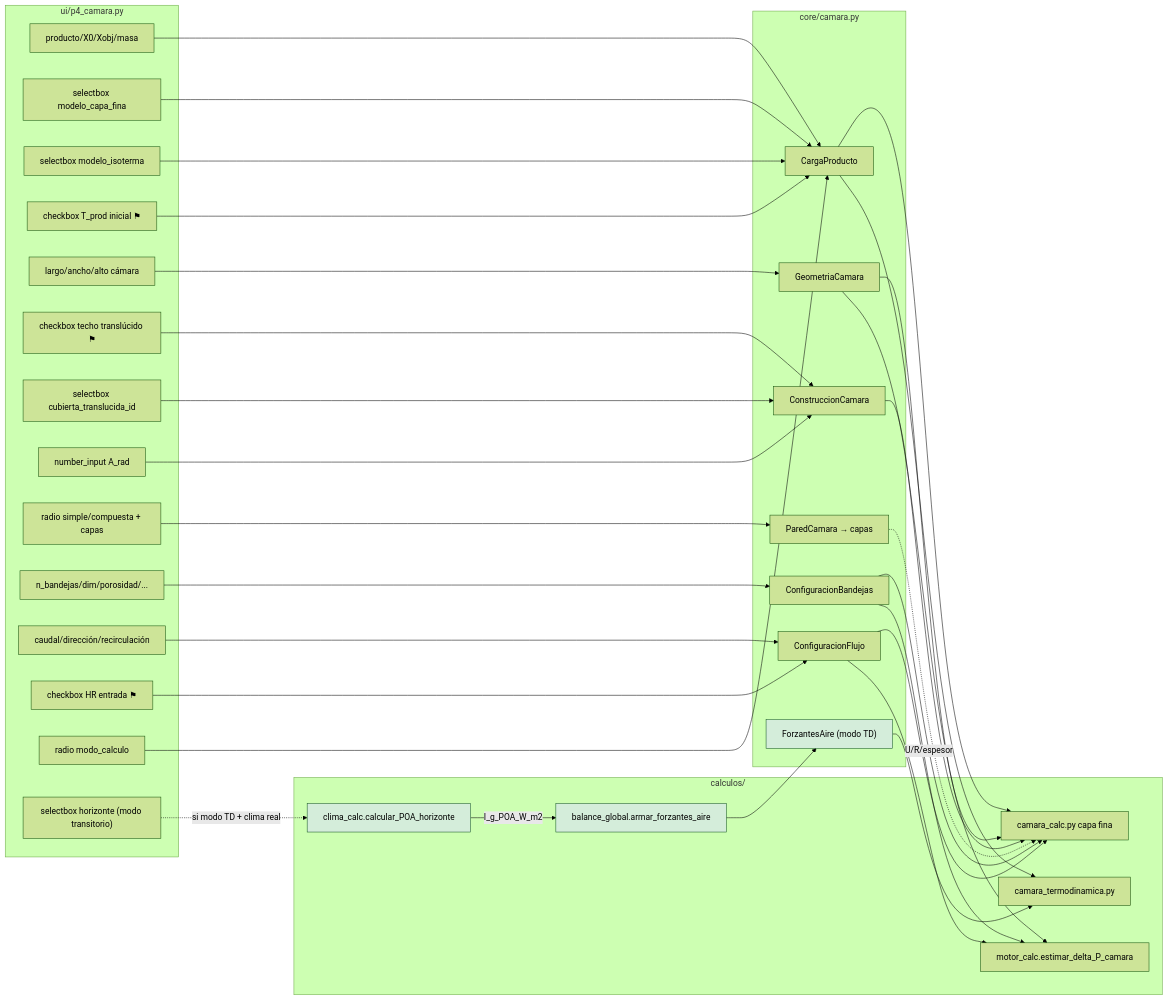
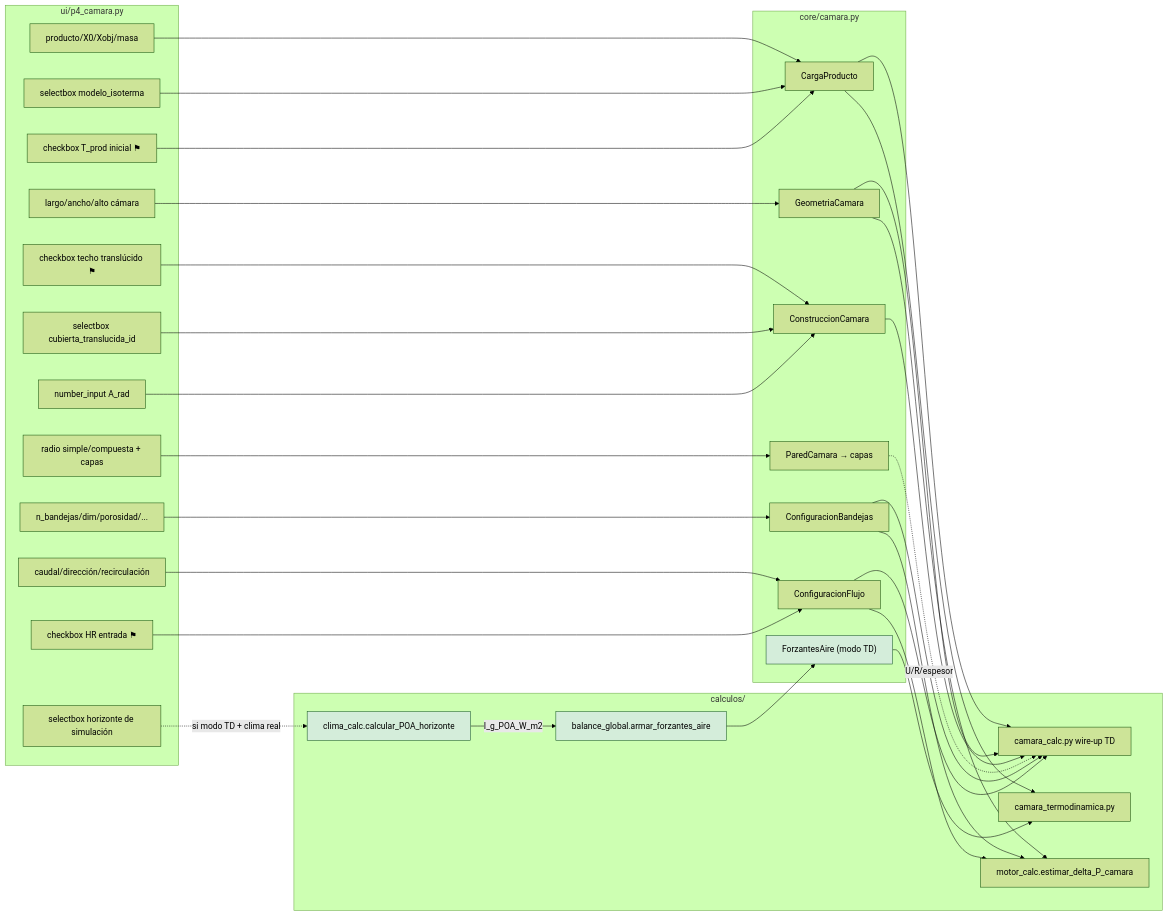
The fourth of 6 diagrams in docs/mapa_conexiones.md (gonzalo-duran/Secasol26-secadores-solares), drawn with Mermaid (forest theme) before and after one commit. The commit also changed other lines of this file and 20 other files, not shown here.

````diff
--- a/docs/mapa_conexiones.md
+++ b/docs/mapa_conexiones.md
@@ -197,71 +197,67 @@
 ```mermaid
 graph LR
   subgraph UI4["ui/p4_camara.py"]
     W_PROD[producto/X0/Xobj/masa]
-    W_MOD["selectbox modelo_capa_fina"]
     W_ISO["selectbox modelo_isoterma"]
     W_TPROD["checkbox T_prod inicial ⚑"]
     W_GEO[largo/ancho/alto cámara]
     W_TECHO["checkbox techo translúcido ⚑"]
     W_CUB[selectbox cubierta_translucida_id]
     W_ARAD[number_input A_rad]
     W_PARED[radio simple/compuesta + capas]
     W_BAND[n_bandejas/dim/porosidad/...]
     W_FLUJO[caudal/dirección/recirculación]
     W_HR["checkbox HR entrada ⚑"]
-    W_MODO["radio modo_calculo"]
-    W_HORIZ["selectbox horizonte (modo transitorio)"]
+    W_HORIZ["selectbox horizonte de simulación"]
   end
 
   subgraph DATA4["core/camara.py"]
     CARGA[CargaProducto]
     GEOM[GeometriaCamara]
     CONST[ConstruccionCamara]
     PARED[ParedCamara → capas]
     BAND[ConfiguracionBandejas]
     FLUJO[ConfiguracionFlujo]
     FZA["ForzantesAire (modo TD)"]
   end
 
   subgraph CONS4["calculos/"]
-    CCAM[camara_calc.py capa fina]
+    CCAM[camara_calc.py wire-up TD]
     CTD[camara_termodinamica.py]
     MOTPC[motor_calc.estimar_delta_P_camara]
     POAH["clima_calc.calcular_POA_horizonte"]
     ARM["balance_global.armar_forzantes_aire"]
   end
 
   W_PROD --> CARGA
-  W_MOD --> CARGA
   W_ISO --> CARGA
   W_TPROD --> CARGA
   W_GEO --> GEOM
   W_TECHO --> CONST
   W_CUB --> CONST
   W_ARAD --> CONST
   W_PARED --> PARED
   W_BAND --> BAND
   W_FLUJO --> FLUJO
   W_HR --> FLUJO
-  W_MODO --> CARGA
 
   CARGA --> CCAM
   CARGA --> CTD
   CONST --> CCAM
   PARED -.U/R/espesor.-> CCAM
   GEOM --> CCAM
   GEOM --> MOTPC
   BAND --> CCAM
   BAND --> MOTPC
   FLUJO --> CCAM
   FLUJO --> MOTPC
 
   %% Modo transitorio: P4 arma forzantes desde clima + POA
   W_HORIZ -.->|si modo TD + clima real| POAH
   POAH -->|I_g_POA_W_m2| ARM
   ARM --> FZA
   FZA --> CTD
 
   classDef new fill:#d4edda,stroke:#155724
   class POAH,ARM,FZA new
 ```
````
